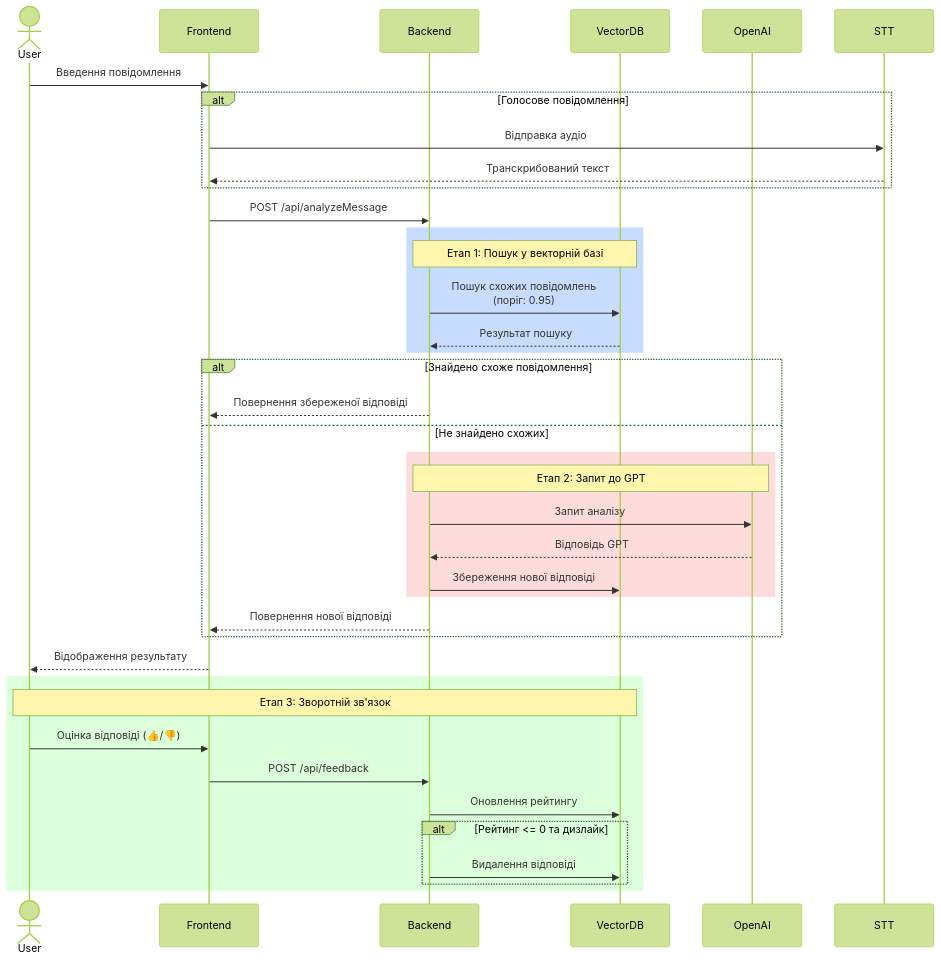
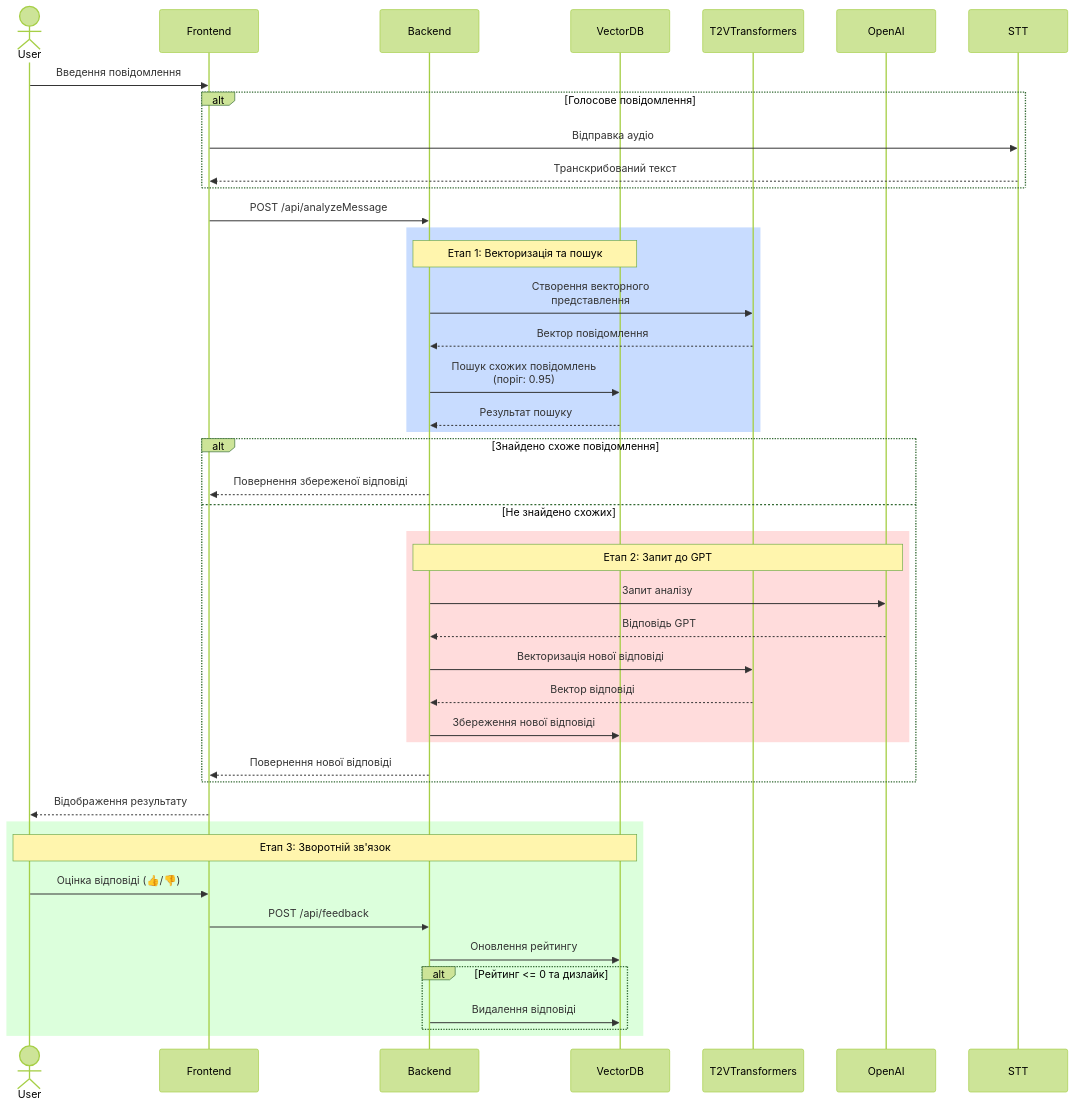
One commit to YurovskyyAndriy/my-empathy-app changed the second of 2 diagrams in README.md. Above: the diagram before and after it, drawn with Mermaid (forest theme). The commit also changed other lines of this file and 5 other files, not shown here.

````diff
--- a/README.md
+++ b/README.md
@@ -11,49 +40,54 @@
 ```mermaid
 sequenceDiagram
     actor User
     participant Frontend
     participant Backend
     participant VectorDB
+    participant T2VTransformers
     participant OpenAI
     participant STT
     
     User->>Frontend: Введення повідомлення
     
     alt Голосове повідомлення
         Frontend->>STT: Відправка аудіо
         STT-->>Frontend: Транскрибований текст
     end
     
     Frontend->>Backend: POST /api/analyzeMessage
     
     rect rgb(200, 220, 255)
-        note over Backend,VectorDB: Етап 1: Пошук у векторній базі
+        note over Backend,VectorDB: Етап 1: Векторизація та пошук
+        Backend->>T2VTransformers: Створення векторного<br/>представлення
+        T2VTransformers-->>Backend: Вектор повідомлення
         Backend->>VectorDB: Пошук схожих повідомлень<br/>(поріг: 0.95)
         VectorDB-->>Backend: Результат пошуку
     end
     
     alt Знайдено схоже повідомлення
         Backend-->>Frontend: Повернення збереженої відповіді
     else Не знайдено схожих
         rect rgb(255, 220, 220)
             note over Backend,OpenAI: Етап 2: Запит до GPT
             Backend->>OpenAI: Запит аналізу
             OpenAI-->>Backend: Відповідь GPT
+            Backend->>T2VTransformers: Векторизація нової відповіді
+            T2VTransformers-->>Backend: Вектор відповіді
             Backend->>VectorDB: Збереження нової відповіді
         end
         Backend-->>Frontend: Повернення нової відповіді
     end
     
     Frontend-->>User: Відображення результату
     
     rect rgb(220, 255, 220)
         note over User,VectorDB: Етап 3: Зворотній зв'язок
         User->>Frontend: Оцінка відповіді (👍/👎)
         Frontend->>Backend: POST /api/feedback
         Backend->>VectorDB: Оновлення рейтингу
         
         alt Рейтинг <= 0 та дизлайк
             Backend->>VectorDB: Видалення відповіді
         end
     end
 ```
````
